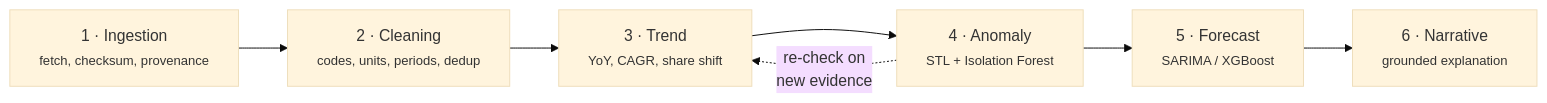
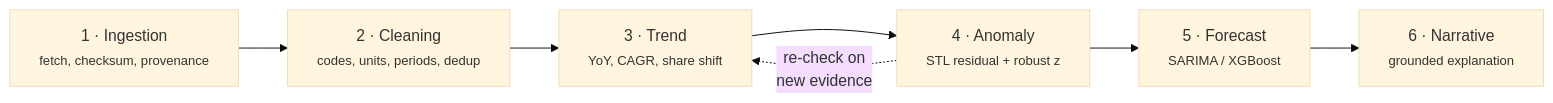
The second of 6 diagrams in README.md (adarshcod30/Air-Cargo-Intelligence), drawn with Mermaid (base theme) before and after one commit. The commit also changed other lines of this file, not shown here.

````diff
--- a/README.md
+++ b/README.md
@@ -175,12 +179,12 @@
 ```mermaid
 flowchart LR
     A["1 · Ingestion<br/><small>fetch, checksum, provenance</small>"]
     B["2 · Cleaning<br/><small>codes, units, periods, dedup</small>"]
     C["3 · Trend<br/><small>YoY, CAGR, share shift</small>"]
-    D["4 · Anomaly<br/><small>STL + Isolation Forest</small>"]
+    D["4 · Anomaly<br/><small>STL residual + robust z</small>"]
     E["5 · Forecast<br/><small>SARIMA / XGBoost</small>"]
     F["6 · Narrative<br/><small>grounded explanation</small>"]
 
     A --> B --> C --> D --> E --> F
     D -. "re-check on<br/>new evidence" .-> C
 ```
````
